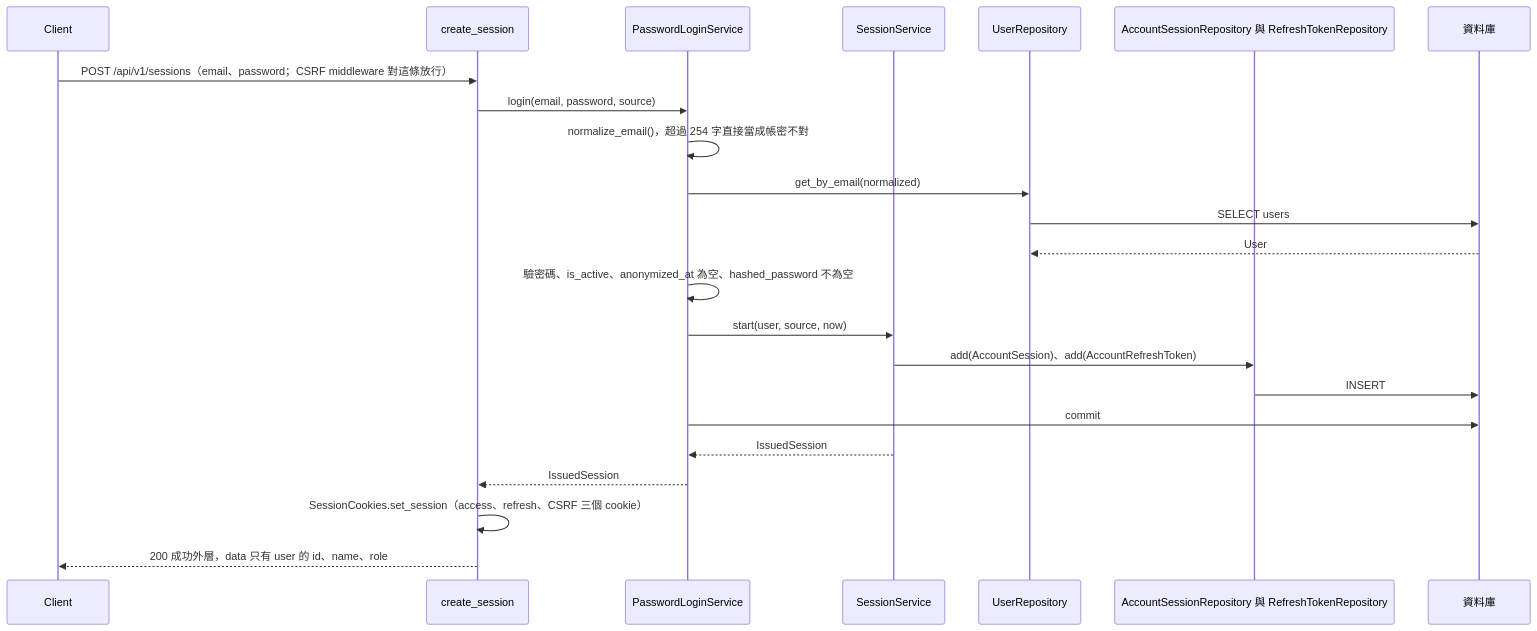
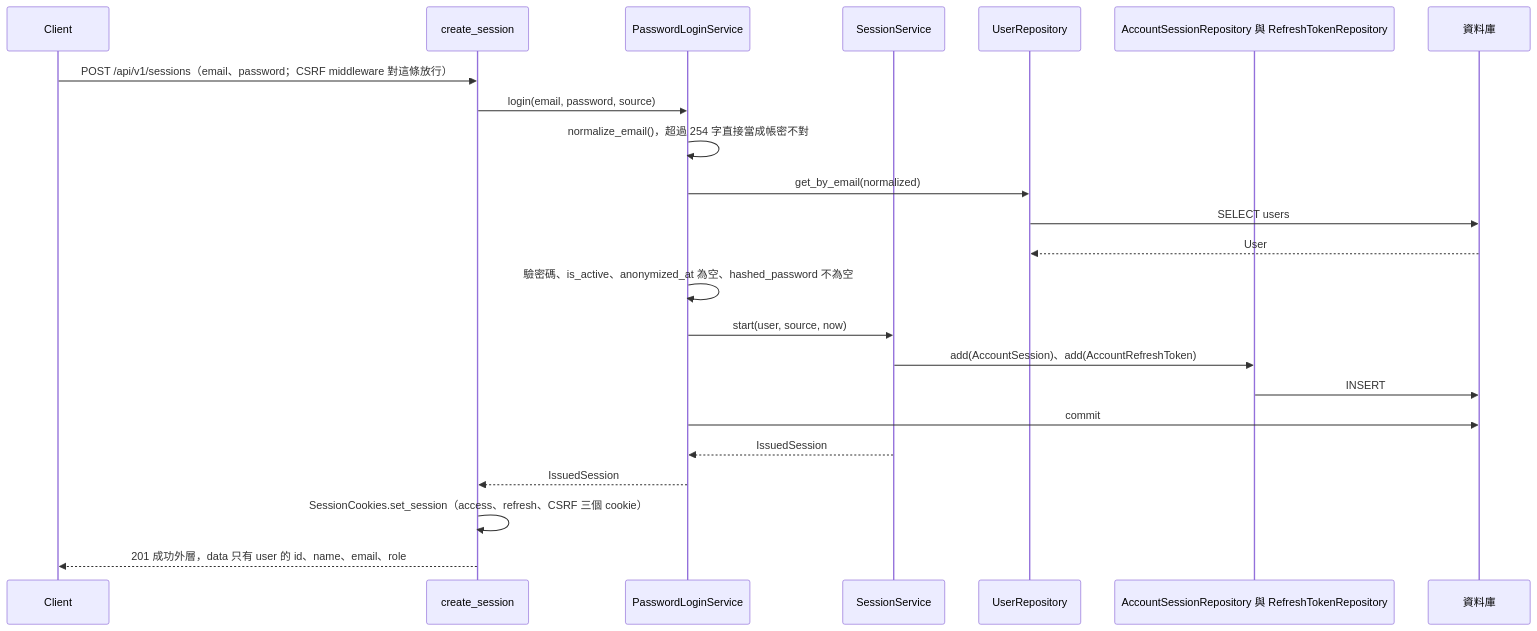
The fifth of 6 diagrams in docs/diagrams/architecture/backend-modules.mdx (label-suite/label-suite), drawn with Mermaid before and after one commit. The commit also changed other lines of this file and 9 other files, not shown here.

````diff
--- a/docs/diagrams/architecture/backend-modules.mdx
+++ b/docs/diagrams/architecture/backend-modules.mdx
@@ -265,25 +273,25 @@
 ```mermaid
 sequenceDiagram
   participant C as Client
   participant R as create_session
   participant L as PasswordLoginService
   participant S as SessionService
   participant U as UserRepository
   participant Q as AccountSessionRepository 與 RefreshTokenRepository
   participant DB as 資料庫
   C->>R: POST /api/v1/sessions（email、password；CSRF middleware 對這條放行）
   R->>L: login(email, password, source)
   L->>L: normalize_email()，超過 254 字直接當成帳密不對
   L->>U: get_by_email(normalized)
   U->>DB: SELECT users
   DB-->>U: User
   L->>L: 驗密碼、is_active、anonymized_at 為空、hashed_password 不為空
   L->>S: start(user, source, now)
   S->>Q: add(AccountSession)、add(AccountRefreshToken)
   Q->>DB: INSERT
   L->>DB: commit
   S-->>L: IssuedSession
   L-->>R: IssuedSession
   R->>R: SessionCookies.set_session（access、refresh、CSRF 三個 cookie）
-  R-->>C: 200 成功外層，data 只有 user 的 id、name、role
+  R-->>C: 201 成功外層，data 只有 user 的 id、name、email、role
 ```
````
